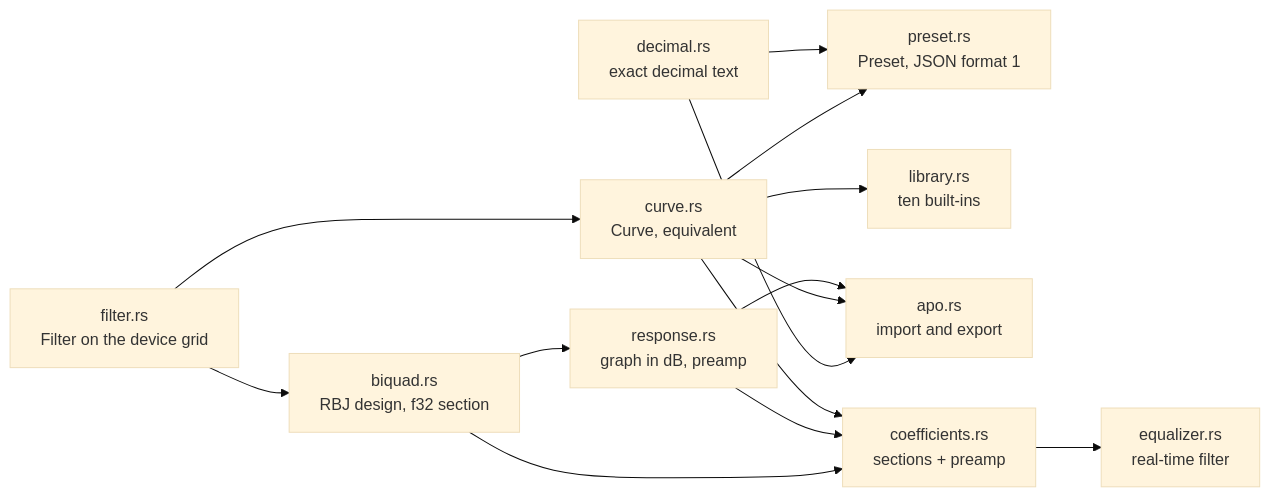
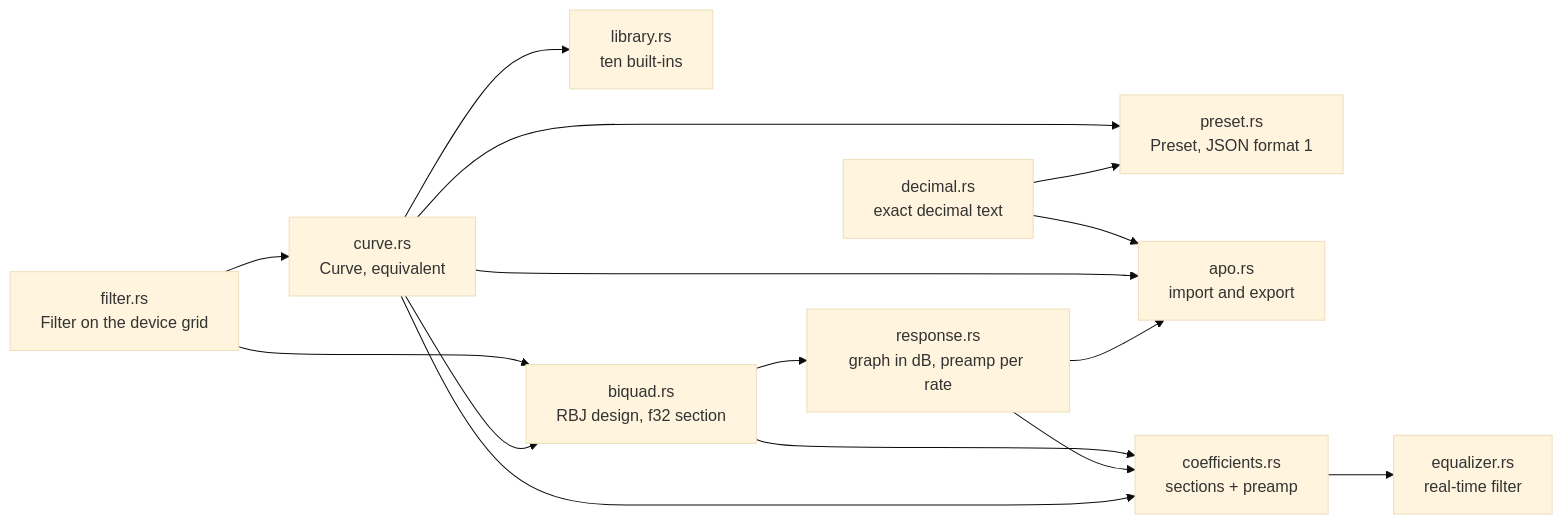
The first of 5 diagrams in docs/architecture/eq.md (marcelogm/arctis-companion), drawn with Mermaid (base theme) before and after one commit. The commit also changed other lines of this file and 1 other file, not shown here.

````diff
--- a/docs/architecture/eq.md
+++ b/docs/architecture/eq.md
@@ -9,16 +9,17 @@
 ```mermaid
 flowchart LR
     filter["filter.rs<br/>Filter on the device grid"] --> curve["curve.rs<br/>Curve, equivalent"]
     curve --> preset["preset.rs<br/>Preset, JSON format 1"]
     curve --> library["library.rs<br/>ten built-ins"]
     decimal["decimal.rs<br/>exact decimal text"] --> apo["apo.rs<br/>import and export"]
     decimal --> preset
     curve --> apo
     filter --> biquad["biquad.rs<br/>RBJ design, f32 section"]
-    biquad --> response["response.rs<br/>graph in dB, preamp"]
+    curve --> biquad
+    biquad --> response["response.rs<br/>graph in dB, preamp per rate"]
     biquad --> coefficients["coefficients.rs<br/>sections + preamp"]
     response --> coefficients
     response --> apo
     curve --> coefficients
     coefficients --> equalizer["equalizer.rs<br/>real-time filter"]
 ```
````
